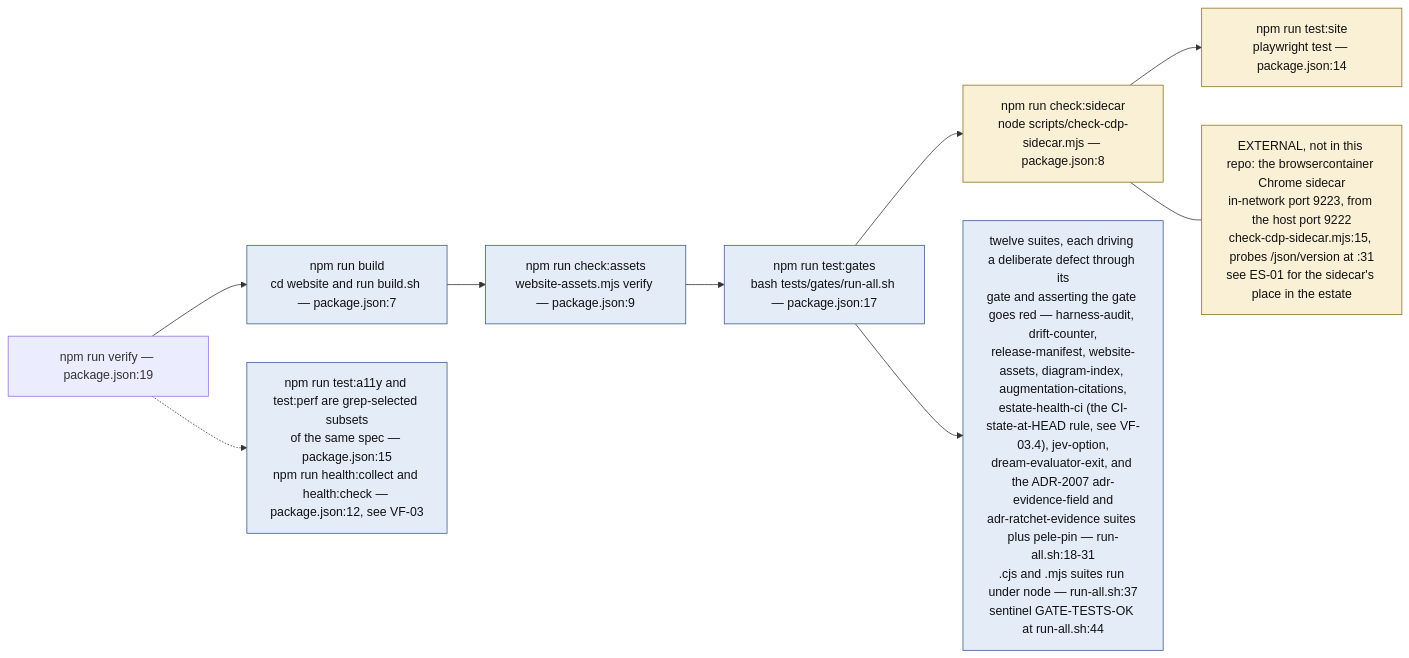
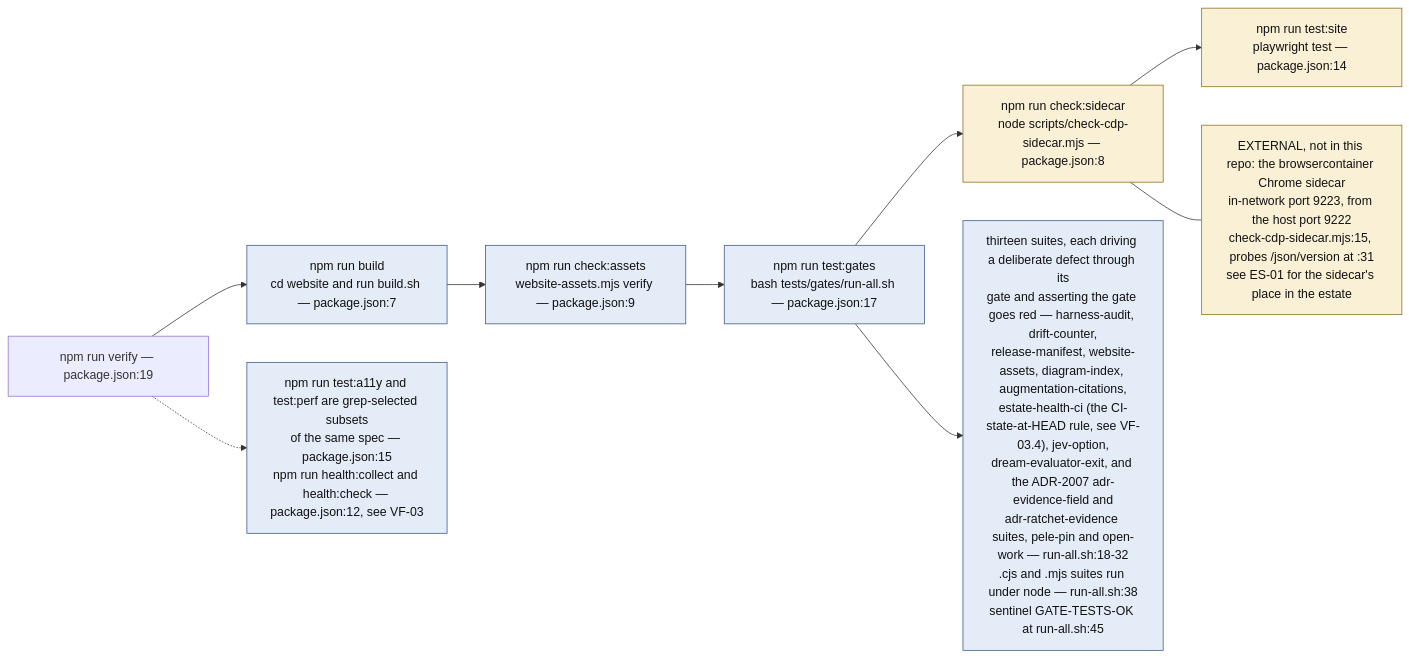
The ninth of 12 diagrams in docs/diagrams/visionflow/02-website-build-and-deploy.md (DreamLab-AI/VisionFlow), drawn with Mermaid before and after one commit. The commit also changed other lines of this file and 7 other files, not shown here.

````diff
--- a/docs/diagrams/visionflow/02-website-build-and-deploy.md
+++ b/docs/diagrams/visionflow/02-website-build-and-deploy.md
@@ -286,20 +286,20 @@
 ```mermaid
 flowchart LR
     classDef step fill:#e4ecf8,stroke:#3a5a8a,color:#111
     classDef needs fill:#f9f0d5,stroke:#8a7020,color:#111
 
     V["npm run verify — package.json:19"]
     V --> S1["npm run build<br/>cd website and run build.sh — package.json:7"]:::step
     S1 --> S2["npm run check:assets<br/>website-assets.mjs verify — package.json:9"]:::step
     S2 --> S3["npm run test:gates<br/>bash tests/gates/run-all.sh — package.json:17"]:::step
     S3 --> S4["npm run check:sidecar<br/>node scripts/check-cdp-sidecar.mjs — package.json:8"]:::needs
     S4 --> S5["npm run test:site<br/>playwright test — package.json:14"]:::needs
 
-    S3 --> SUITES["twelve suites, each driving a deliberate defect through its<br/>gate and asserting the gate goes red — harness-audit, drift-counter,<br/>release-manifest, website-assets, diagram-index, augmentation-citations,<br/>estate-health-ci (the CI-state-at-HEAD rule, see VF-03.4), jev-option,<br/>dream-evaluator-exit, and the ADR-2007 adr-evidence-field and<br/>adr-ratchet-evidence suites plus pele-pin — run-all.sh:18-31<br/>.cjs and .mjs suites run under node — run-all.sh:37<br/>sentinel GATE-TESTS-OK at run-all.sh:44"]:::step
+    S3 --> SUITES["thirteen suites, each driving a deliberate defect through its<br/>gate and asserting the gate goes red — harness-audit, drift-counter,<br/>release-manifest, website-assets, diagram-index, augmentation-citations,<br/>estate-health-ci (the CI-state-at-HEAD rule, see VF-03.4), jev-option,<br/>dream-evaluator-exit, and the ADR-2007 adr-evidence-field and<br/>adr-ratchet-evidence suites, pele-pin and open-work — run-all.sh:18-32<br/>.cjs and .mjs suites run under node — run-all.sh:38<br/>sentinel GATE-TESTS-OK at run-all.sh:45"]:::step
 
     SIDE["EXTERNAL, not in this repo: the browsercontainer Chrome sidecar<br/>in-network port 9223, from the host port 9222<br/>check-cdp-sidecar.mjs:15, probes /json/version at :31<br/>see ES-01 for the sidecar's place in the estate"]:::needs
     S4 --- SIDE
 
     OTHER["npm run test:a11y and test:perf are grep-selected subsets<br/>of the same spec — package.json:15<br/>npm run health:collect and health:check — package.json:12, see VF-03"]:::step
     V -.-> OTHER
 ```
````
